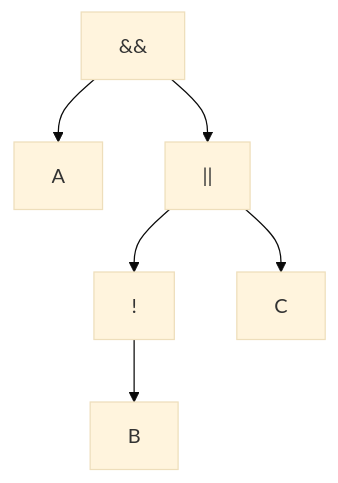
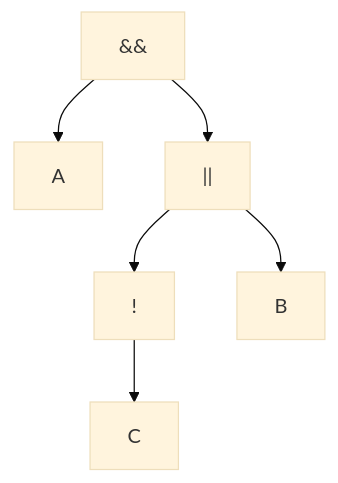
Before and after one commit to gtriggiano/envoy-authorization-service: the diagram in pkg/policy/README.md, drawn with Mermaid (base theme). The commit also changed other lines of this file and 78 other files, not shown here.

````diff
--- a/pkg/policy/README.md
+++ b/pkg/policy/README.md
@@ -25,8 +27,8 @@
 ```mermaid
 graph TD
     AND["&&"] --> A["A"]
     AND --> OR["||"]
     OR --> NOT["!"]
-    OR --> C["C"]
-    NOT --> B["B"]
+    OR --> C["B"]
+    NOT --> B["C"]
 ```
````
